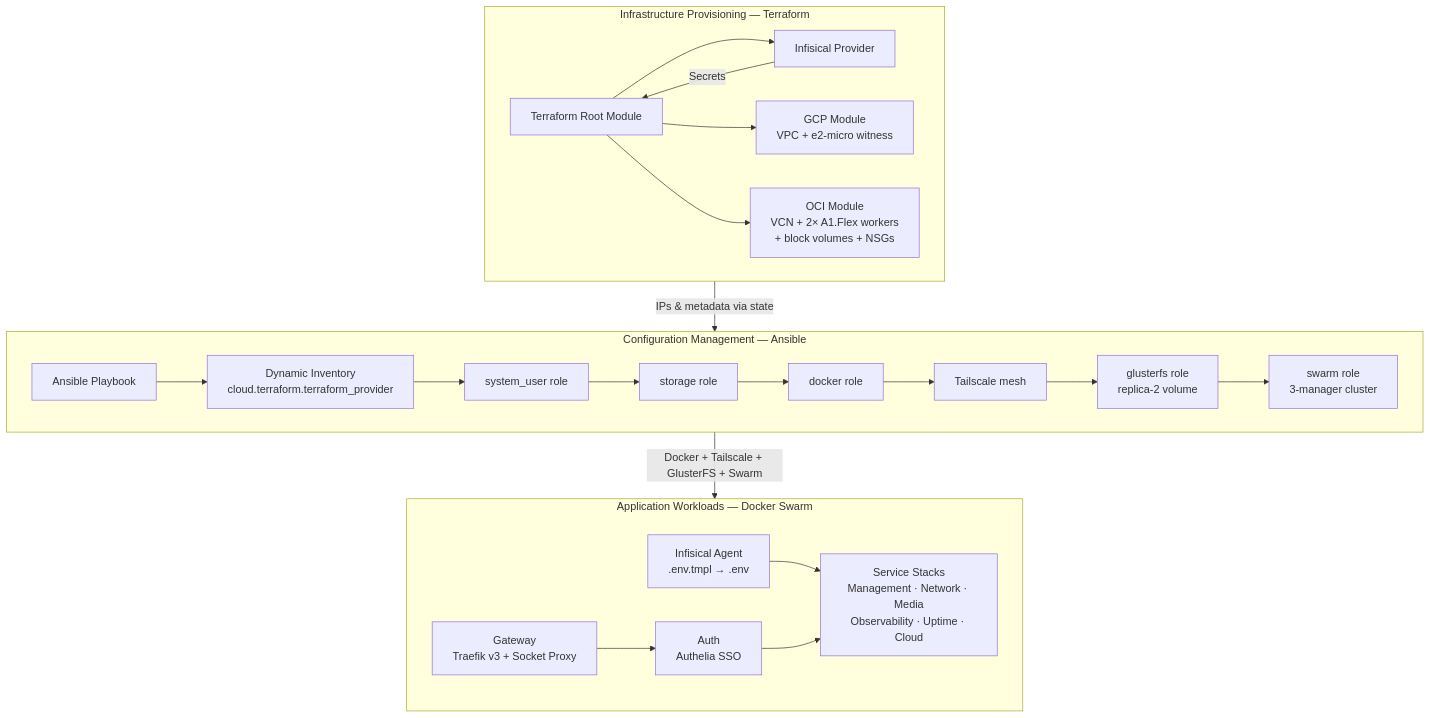
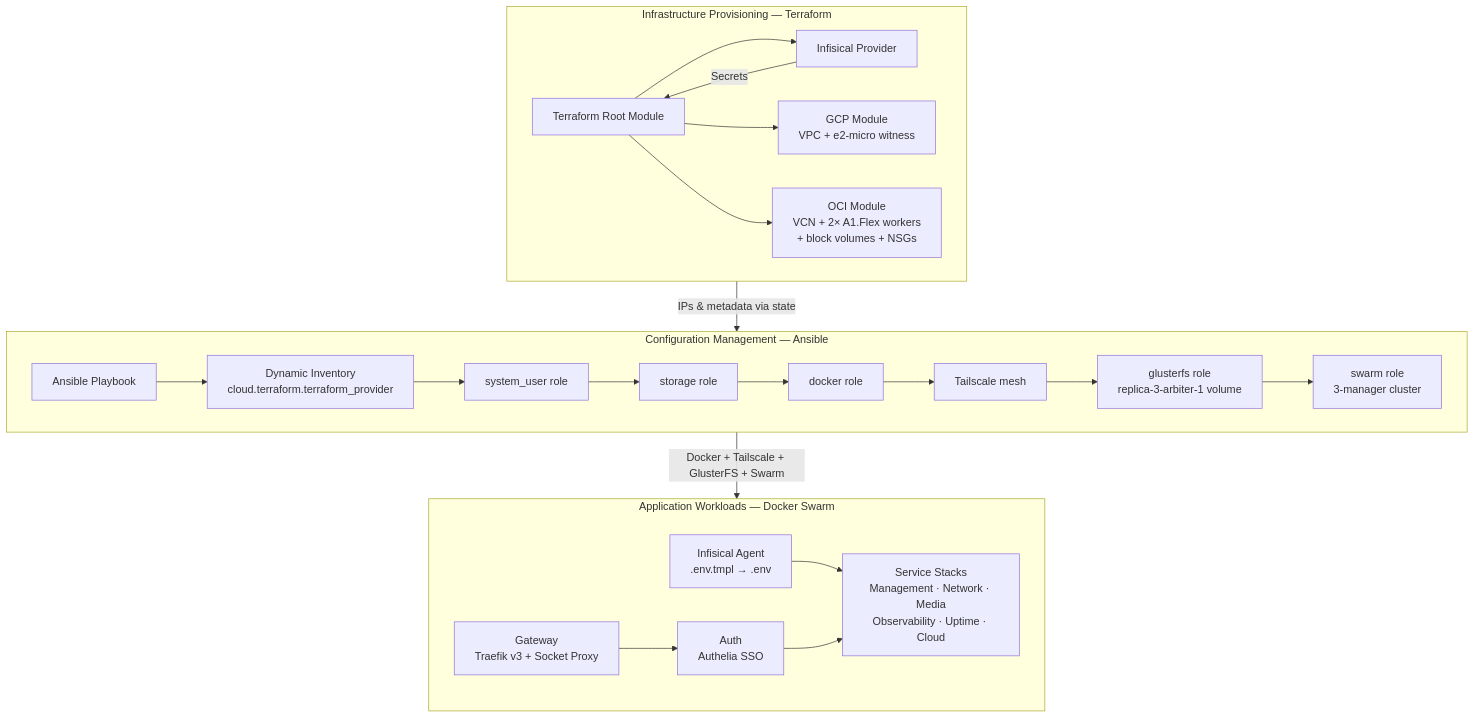
Before and after one commit to JoseStud/GoodOldMeServer: the diagram in docs/index.md, drawn with Mermaid. The commit also changed 12 other files, not shown here.

````diff
--- a/docs/index.md
+++ b/docs/index.md
@@ -13,38 +13,38 @@
 ```mermaid
 flowchart TD
     subgraph IaC [Infrastructure Provisioning — Terraform]
         TF[Terraform Root Module]
         INF_TF[Infisical Provider]
         GCP[GCP Module<br/>VPC + e2-micro witness]
         OCI[OCI Module<br/>VCN + 2× A1.Flex workers<br/>+ block volumes + NSGs]
         TF --> INF_TF
         INF_TF -->|Secrets| TF
         TF --> GCP
         TF --> OCI
     end
 
     subgraph Config [Configuration Management — Ansible]
         ANS[Ansible Playbook]
         INV[Dynamic Inventory<br/>cloud.terraform.terraform_provider]
         USR[system_user role]
         STR[storage role]
         DOCK[docker role]
         TS[Tailscale mesh]
-        GFS[glusterfs role<br/>replica-2 volume]
+        GFS[glusterfs role<br/>replica-3-arbiter-1 volume]
         SWM[swarm role<br/>3-manager cluster]
         ANS --> INV
         INV --> USR --> STR --> DOCK --> TS --> GFS --> SWM
     end
 
     subgraph Workloads [Application Workloads — Docker Swarm]
         ISEC[Infisical Agent<br/>.env.tmpl → .env]
         GW[Gateway<br/>Traefik v3 + Socket Proxy]
         AUTH[Auth<br/>Authelia SSO]
         APPS[Service Stacks<br/>Management · Network · Media<br/>Observability · Uptime · Cloud]
         ISEC --> APPS
         GW --> AUTH --> APPS
     end
 
     IaC -->|IPs & metadata via state| Config
     Config -->|Docker + Tailscale + GlusterFS + Swarm| Workloads
 ```
````
